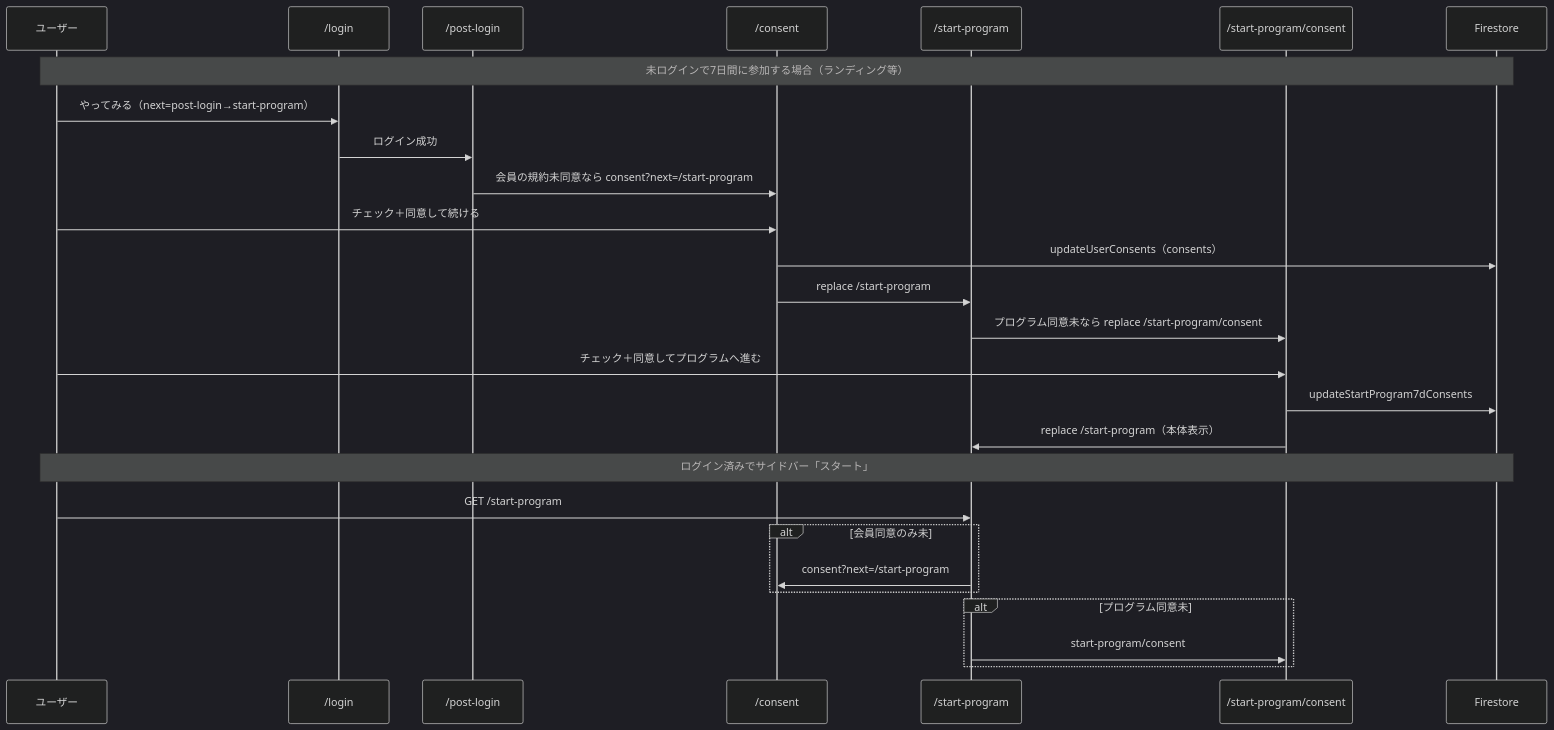
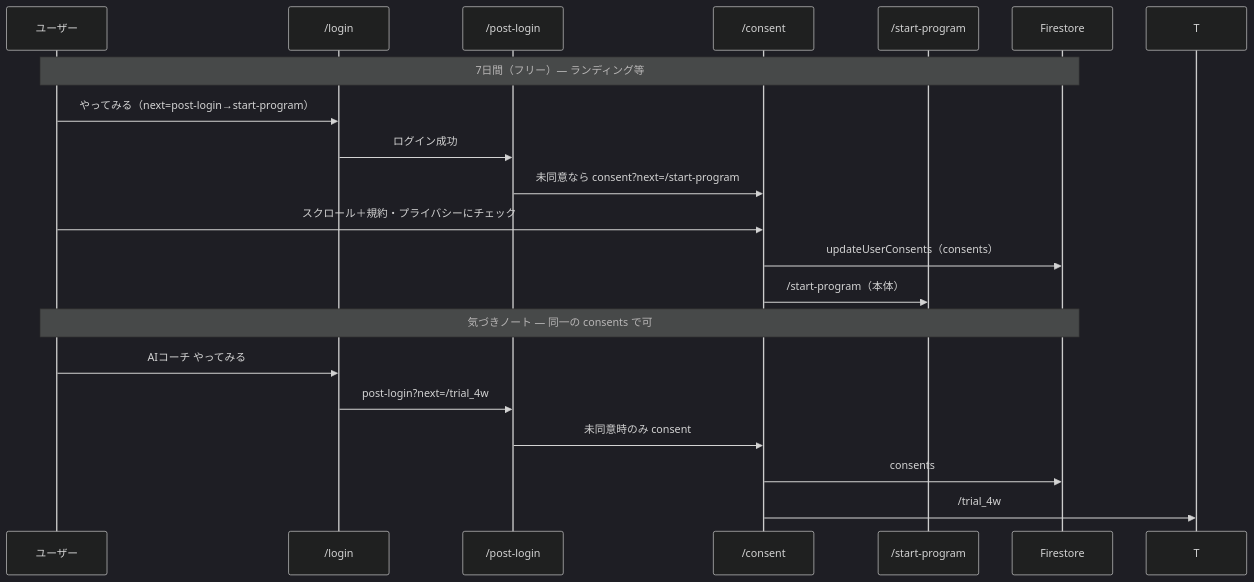
One commit to Tatsuro-Ikawa/project-02-manabiba changed the diagram in docs/manabiba_01/04_HOME_SCREEN_IMPLEMENTATION.md. Above: the diagram before and after it, drawn with Mermaid (dark theme). The commit also changed other lines of this file and 19 other files, not shown here.

````diff
--- a/docs/manabiba_01/04_HOME_SCREEN_IMPLEMENTATION.md
+++ b/docs/manabiba_01/04_HOME_SCREEN_IMPLEMENTATION.md
@@ -84,31 +88,24 @@
 ```mermaid
 sequenceDiagram
   participant U as ユーザー
   participant L as /login
   participant P as /post-login
   participant C as /consent
   participant S as /start-program
-  participant SC as /start-program/consent
   participant FS as Firestore
 
-  Note over U,FS: 未ログインで7日間に参加する場合（ランディング等）
+  Note over U,FS: 7日間（フリー）— ランディング等
   U->>L: やってみる（next=post-login→start-program）
   L->>P: ログイン成功
-  P->>C: 会員の規約未同意なら consent?next=/start-program
-  U->>C: チェック＋同意して続ける
+  P->>C: 未同意なら consent?next=/start-program
+  U->>C: スクロール＋規約・プライバシーにチェック
   C->>FS: updateUserConsents（consents）
-  C->>S: replace /start-program
-  S->>SC: プログラム同意未なら replace /start-program/consent
-  U->>SC: チェック＋同意してプログラムへ進む
-  SC->>FS: updateStartProgram7dConsents
-  SC->>S: replace /start-program（本体表示）
+  C->>S: /start-program（本体）
 
-  Note over U,FS: ログイン済みでサイドバー「スタート」
-  U->>S: GET /start-program
-  alt 会員同意のみ未
-    S->>C: consent?next=/start-program
-  end
-  alt プログラム同意未
-    S->>SC: start-program/consent
-  end
+  Note over U,FS: 気づきノート — 同一の consents で可
+  U->>L: AIコーチ やってみる
+  L->>P: post-login?next=/trial_4w
+  P->>C: 未同意時のみ consent
+  C->>FS: consents
+  C->>T: /trial_4w
 ```
````
